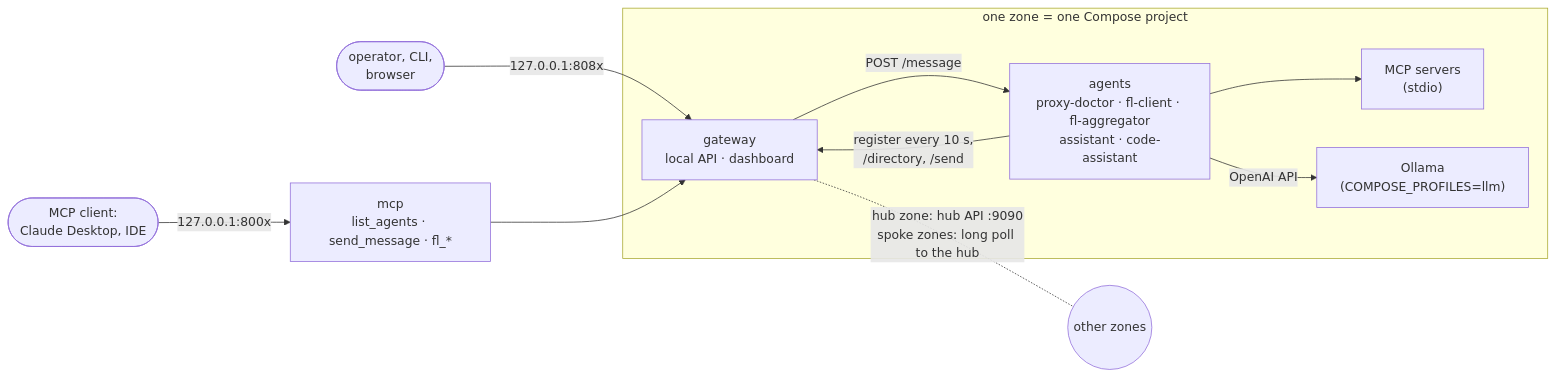
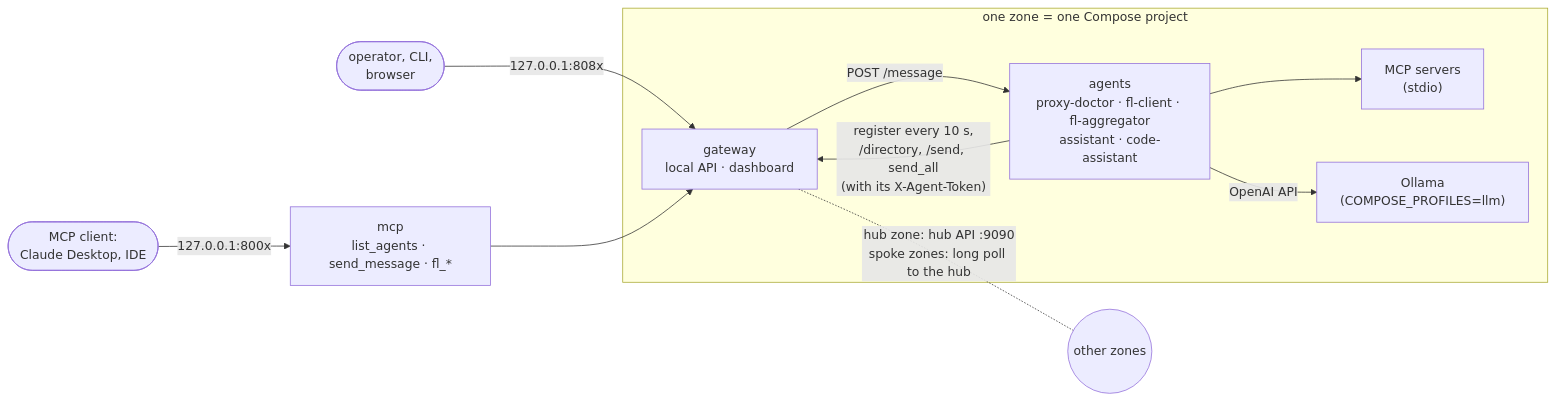
One commit to Gionu7/AgentZones changed the first of 6 diagrams in docs/ARCHITECTURE.md. Above: the diagram before and after it, drawn with Mermaid. The commit also changed other lines of this file and 1 other file, not shown here.

First line of the commit message:
Docs: diagrams for per-agent identity from main

````diff
--- a/docs/ARCHITECTURE.md
+++ b/docs/ARCHITECTURE.md
@@ -5,17 +5,17 @@
 ```mermaid
 flowchart LR
   op(["operator, CLI,<br/>browser"]) -- "127.0.0.1:808x" --> gw
   mcpc(["MCP client:<br/>Claude Desktop, IDE"]) -- "127.0.0.1:800x" --> mcp["mcp<br/>list_agents · send_message · fl_*"]
   mcp --> gw
   subgraph zone["one zone = one Compose project"]
     gw["gateway<br/>local API · dashboard"]
     agents["agents<br/>proxy-doctor · fl-client · fl-aggregator<br/>assistant · code-assistant"]
     tools["MCP servers<br/>(stdio)"]
     llm["Ollama<br/>(COMPOSE_PROFILES=llm)"]
     gw -- "POST /message" --> agents
-    agents -- "register every 10 s,<br/>/directory, /send" --> gw
+    agents -- "register every 10 s,<br/>/directory, /send, send_all<br/>(with its X-Agent-Token)" --> gw
     agents --> tools
     agents -- "OpenAI API" --> llm
   end
   gw -. "hub zone: hub API :9090<br/>spoke zones: long poll to the hub" .- hubnet(("other zones"))
 ```
````
